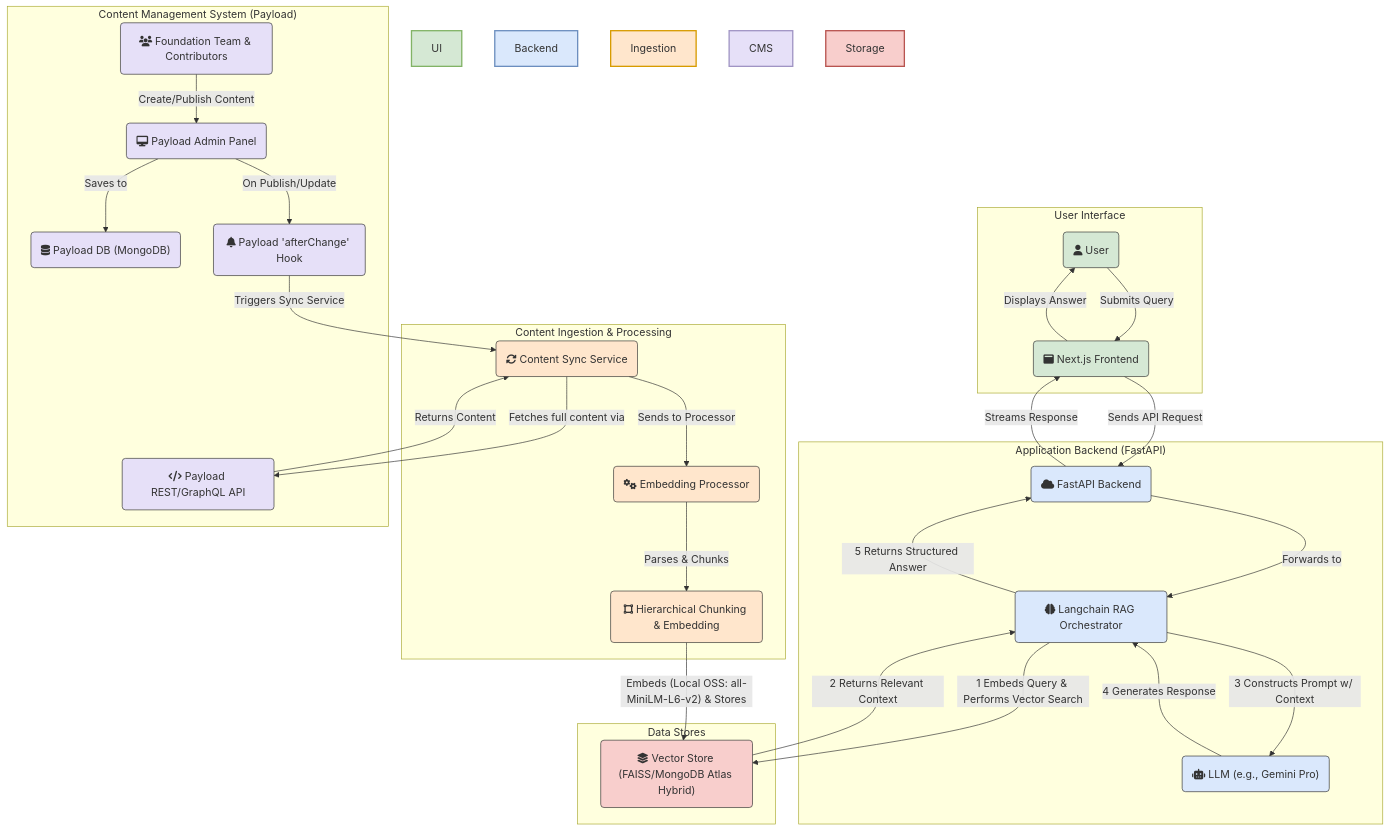
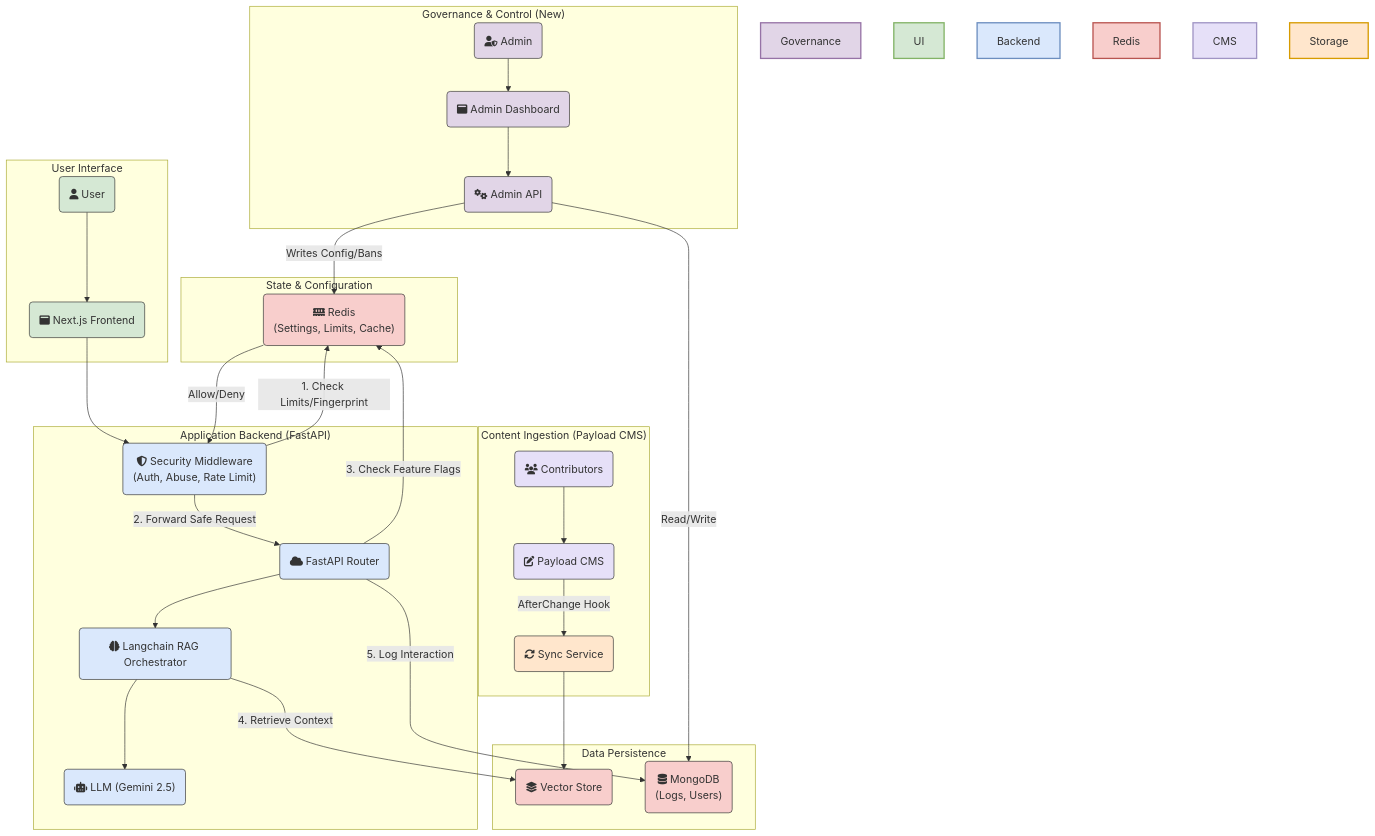
Before and after one commit to IndigoNakamoto/Litecoin-Knowledge-Hub: the diagram in README.md, drawn with Mermaid.

Commit message:
docs: Update architecture diagram with governance, security middleware, and Redis
- Add Governance & Control section with admin components
- Include Security Middleware in backend architecture
- Add Redis as State & Configuration component
- Simplify content ingestion flow
- Reorganize into three clear flows: Governance, User Query, Content
- Update LLM reference to Gemini 2.5

````diff
--- a/README.md
+++ b/README.md
@@ -73,77 +73,82 @@
 ```mermaid
 flowchart TD
     %% -------------------
     %% Node Definitions
     %% -------------------
+
+    subgraph "Governance & Control (New)"
+        style Governance fill:#E1D5E7,stroke:#9673A6,color:#333,stroke-width:2px
+        ADMIN_USER("fa:fa-user-shield Admin"):::adminStyle
+        ADMIN_FE("fa:fa-window-maximize Admin Dashboard"):::adminStyle
+        ADMIN_API("fa:fa-cogs Admin API"):::adminStyle
+    end
 
     subgraph "User Interface"
         style UI fill:#D5E8D4,stroke:#82B366,color:#333,stroke-width:2px
         U("fa:fa-user User"):::uiStyle
         FE("fa:fa-window-maximize Next.js Frontend"):::uiStyle
     end
 
     subgraph "Application Backend (FastAPI)"
         style Backend fill:#DAE8FC,stroke:#6C8EBF,color:#333,stroke-width:2px
-        API("fa:fa-cloud FastAPI Backend"):::backendStyle
+        MW("fa:fa-shield-alt Security Middleware\n(Auth, Abuse, Rate Limit)"):::backendStyle
+        API("fa:fa-cloud FastAPI Router"):::backendStyle
         RAG("fa:fa-brain Langchain RAG Orchestrator"):::backendStyle
-        LLM("fa:fa-robot LLM (e.g., Gemini Pro)"):::backendStyle
+        LLM("fa:fa-robot LLM (Gemini 2.5)"):::backendStyle
     end
 
-    subgraph "Content Ingestion & Processing"
-        style Ingestion fill:#FFE6CC,stroke:#D79B00,color:#333,stroke-width:2px
-        SYNC("fa:fa-sync-alt Content Sync Service"):::ingestionStyle
-        PROC("fa:fa-cogs Embedding Processor"):::ingestionStyle
-        CHUNK("fa:fa-vector-square Hierarchical Chunking & Embedding"):::ingestionStyle
+    subgraph "State & Configuration"
+        style Redis fill:#F8CECC,stroke:#B85450,color:#333,stroke-width:2px
+        REDIS("fa:fa-memory Redis\n(Settings, Limits, Cache)"):::storageStyle
     end
 
-    subgraph "Content Management System (Payload)"
+    subgraph "Content Ingestion (Payload CMS)"
         style CMS fill:#E6E0F8,stroke:#A094C4,color:#333,stroke-width:2px
-        AUTHORS("fa:fa-users Foundation Team & Contributors"):::cmsStyle
-        ADMIN("fa:fa-desktop Payload Admin Panel"):::cmsStyle
-        PAYLOAD_DB("fa:fa-database Payload DB (MongoDB)"):::cmsStyle
-        HOOK("fa:fa-bell Payload 'afterChange' Hook"):::cmsStyle
-        PAYLOAD_API("fa:fa-code Payload REST/GraphQL API"):::cmsStyle
+        AUTHORS("fa:fa-users Contributors"):::cmsStyle
+        PAYLOAD("fa:fa-edit Payload CMS"):::cmsStyle
+        SYNC("fa:fa-sync-alt Sync Service"):::ingestionStyle
     end
 
-    subgraph "Data Stores"
-        style Storage fill:#F8CECC,stroke:#B85450,color:#333,stroke-width:2px
-        VDB("fa:fa-layer-group Vector Store (FAISS/MongoDB Atlas Hybrid)"):::storageStyle
+    subgraph "Data Persistence"
+        style Storage fill:#FFE6CC,stroke:#D79B00,color:#333,stroke-width:2px
+        VDB("fa:fa-layer-group Vector Store"):::storageStyle
+        MONGO("fa:fa-database MongoDB\n(Logs, Users)"):::storageStyle
     end
 
     %% -------------------
     %% Connection Definitions
     %% -------------------
 
-    %% Flow 1: Content Ingestion & Indexing
-    AUTHORS -- "Create/Publish Content" --> ADMIN
-    ADMIN -- "Saves to" --> PAYLOAD_DB
-    ADMIN -- "On Publish/Update" --> HOOK
-    HOOK -- "Triggers Sync Service" --> SYNC
-    SYNC -- "Fetches full content via" --> PAYLOAD_API
-    PAYLOAD_API -- "Returns Content" --> SYNC
-    SYNC -- "Sends to Processor" --> PROC
-    PROC -- "Parses & Chunks" --> CHUNK
-    CHUNK -- "Embeds (Local OSS: all-MiniLM-L6-v2) & Stores" --> VDB
+    %% Flow 1: Governance (The Control Loop)
+    ADMIN_USER --> ADMIN_FE
+    ADMIN_FE --> ADMIN_API
+    ADMIN_API -- "Writes Config/Bans" --> REDIS
+    ADMIN_API -- "Read/Write" --> MONGO
 
-    %% Flow 2: User Query & RAG
-    U -- "Submits Query" --> FE
-    FE -- "Sends API Request" --> API
-    API -- "Forwards to" --> RAG
-    RAG -- "1 Embeds Query & Performs Vector Search" --> VDB
-    VDB -- "2 Returns Relevant Context" --> RAG
-    RAG -- "3 Constructs Prompt w/ Context" --> LLM
-    LLM -- "4 Generates Response" --> RAG
-    RAG -- "5 Returns Structured Answer" --> API
-    API -- "Streams Response" --> FE
-    FE -- "Displays Answer" --> U
+    %% Flow 2: User Query (The Application Loop)
+    U --> FE
+    FE --> MW
+    MW -- "1. Check Limits/Fingerprint" --> REDIS
+    REDIS -- "Allow/Deny" --> MW
+    MW -- "2. Forward Safe Request" --> API
+    API -- "3. Check Feature Flags" --> REDIS
+    API --> RAG
+    RAG -- "4. Retrieve Context" --> VDB
+    RAG --> LLM
+    API -- "5. Log Interaction" --> MONGO
 
+    %% Flow 3: Content (The Data Loop)
+    AUTHORS --> PAYLOAD
+    PAYLOAD -- "AfterChange Hook" --> SYNC
+    SYNC --> VDB
 
     %% -------------------
     %% Class-Based Styling
     %% -------------------
     classDef uiStyle fill:#D5E8D4,stroke:#333,color:#333
     classDef backendStyle fill:#DAE8FC,stroke:#333,color:#333
     classDef ingestionStyle fill:#FFE6CC,stroke:#333,color:#333
     classDef cmsStyle fill:#E6E0F8,stroke:#333,color:#333
     classDef storageStyle fill:#F8CECC,stroke:#333,color:#333
+    classDef adminStyle fill:#E1D5E7,stroke:#333,color:#333
 ```
````
